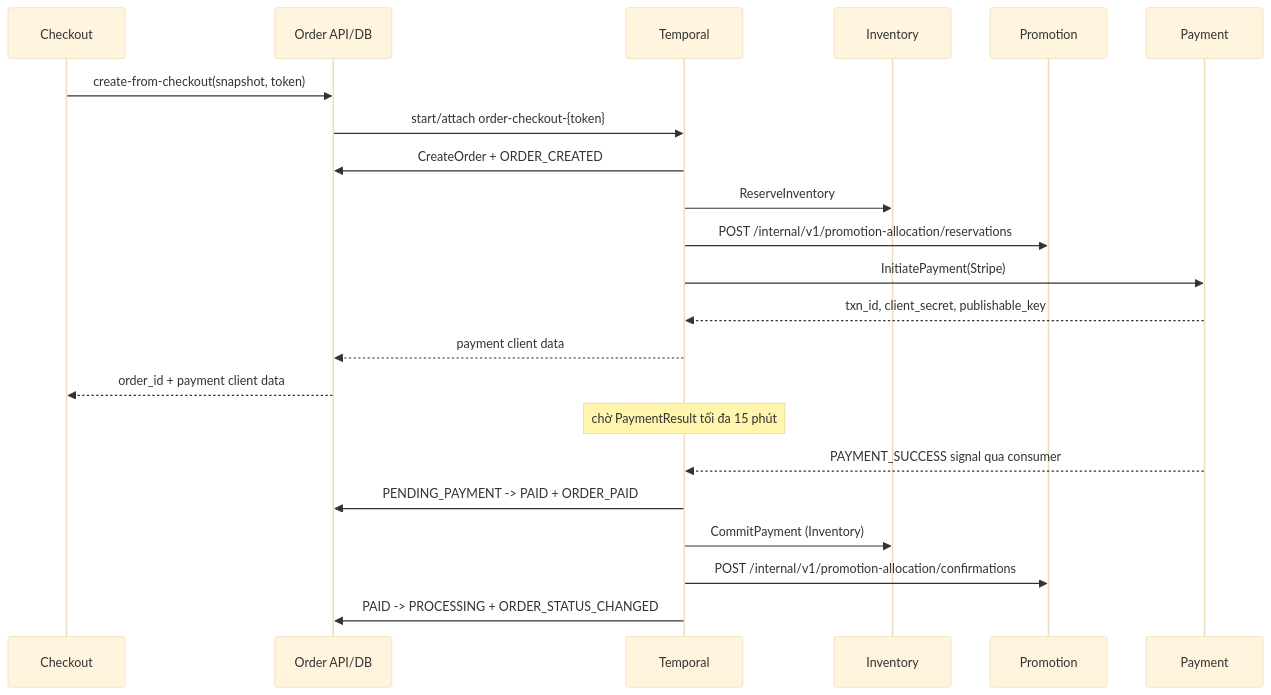
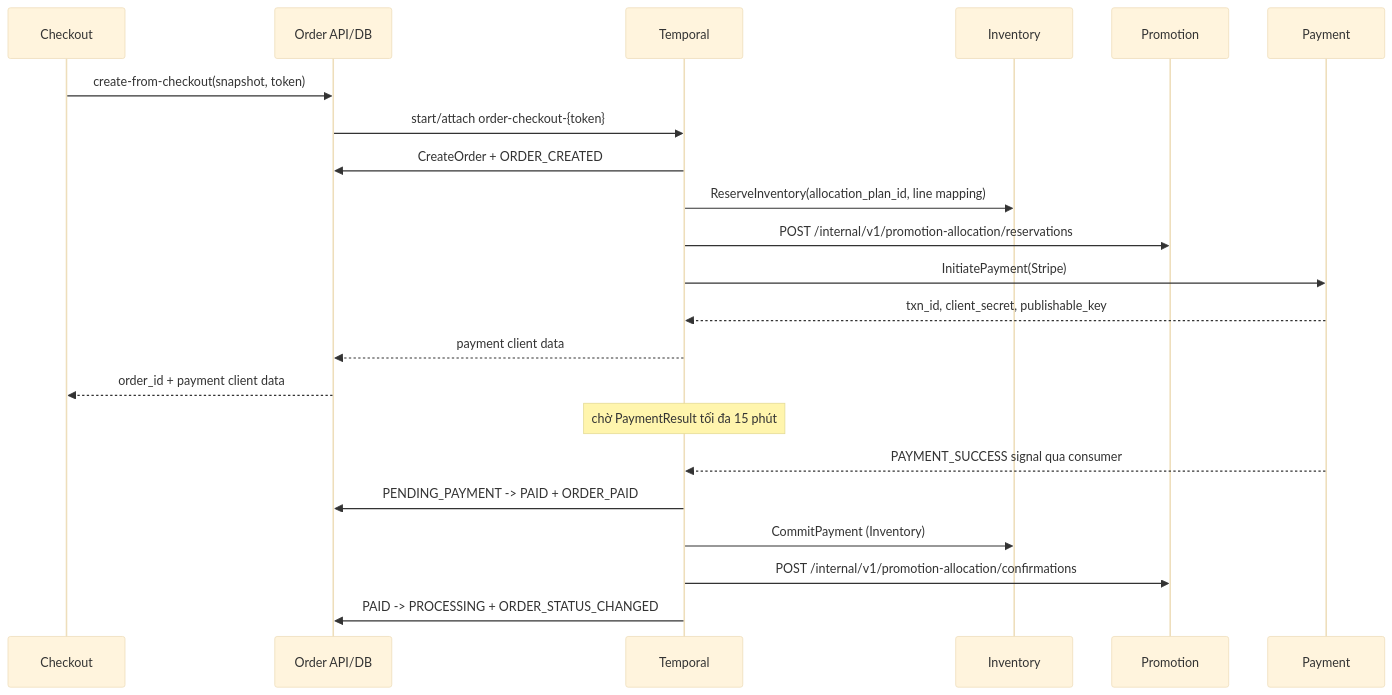
The first of 2 diagrams in docs/order/workflows.md (quangdung2110/e-commerce-microservices), drawn with Mermaid (base theme) before and after one commit. The commit also changed other lines of this file and 14 other files, not shown here.

Commit message:
docs(order): fence allocation delivery and reconciliation flows

````diff
--- a/docs/order/workflows.md
+++ b/docs/order/workflows.md
@@ -132,24 +138,24 @@
 ```mermaid
 sequenceDiagram
   participant C as Checkout
   participant O as Order API/DB
   participant T as Temporal
   participant I as Inventory
   participant P as Promotion
   participant Y as Payment
   C->>O: create-from-checkout(snapshot, token)
   O->>T: start/attach order-checkout-{token}
   T->>O: CreateOrder + ORDER_CREATED
-  T->>I: ReserveInventory
+  T->>I: ReserveInventory(allocation_plan_id, line mapping)
   T->>P: POST /internal/v1/promotion-allocation/reservations
   T->>Y: InitiatePayment(Stripe)
   Y-->>T: txn_id, client_secret, publishable_key
   T-->>O: payment client data
   O-->>C: order_id + payment client data
   Note over T: chờ PaymentResult tối đa 15 phút
   Y-->>T: PAYMENT_SUCCESS signal qua consumer
   T->>O: PENDING_PAYMENT -> PAID + ORDER_PAID
   T->>I: CommitPayment (Inventory)
   T->>P: POST /internal/v1/promotion-allocation/confirmations
   T->>O: PAID -> PROCESSING + ORDER_STATUS_CHANGED
 ```
````
